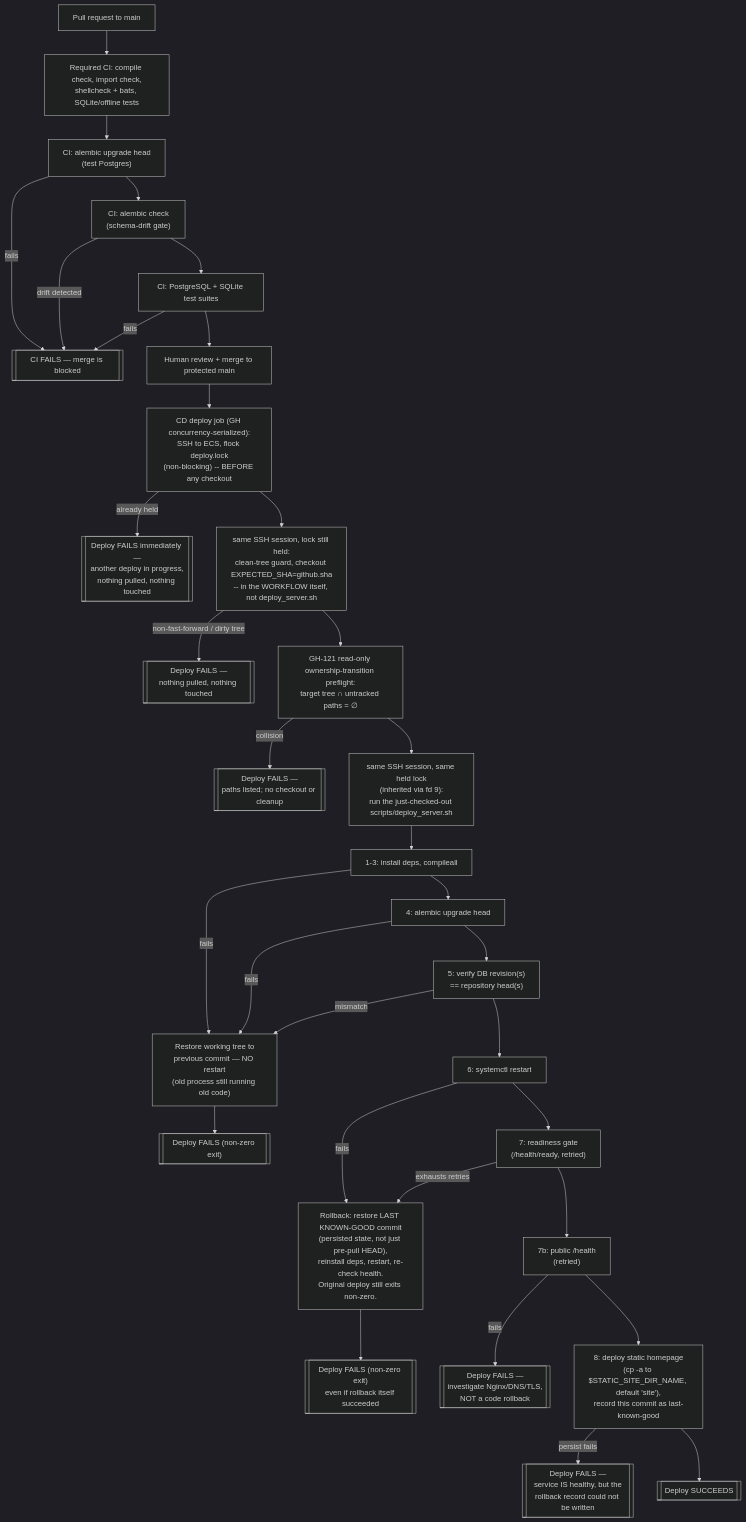
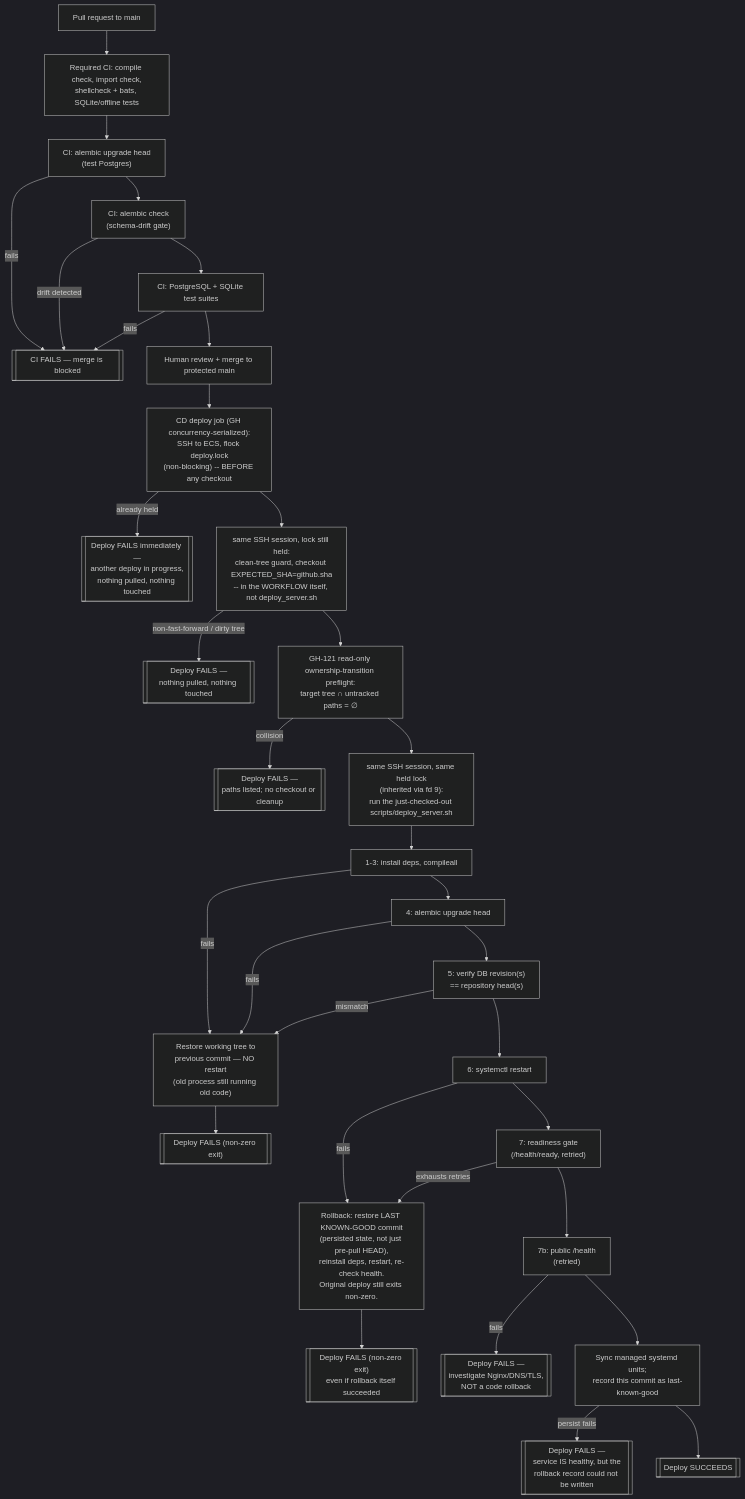
Before and after one commit to zuohaisu/wecom-archive: the diagram in docs/DEPLOYMENT.md, drawn with Mermaid (dark theme). The commit also changed other lines of this file and 40 other files, not shown here.

````diff
--- a/docs/DEPLOYMENT.md
+++ b/docs/DEPLOYMENT.md
@@ -425,37 +424,37 @@
 ```mermaid
 flowchart TD
     A[Pull request to main] --> B["Required CI: compile check, import check,\nshellcheck + bats, SQLite/offline tests"]
     B --> C["CI: alembic upgrade head\n(test Postgres)"]
     C -->|fails| CI_FAIL[["CI FAILS — merge is blocked"]]
     C --> D["CI: alembic check\n(schema-drift gate)"]
     D -->|drift detected| CI_FAIL
     D --> E["CI: PostgreSQL + SQLite test suites"]
     E -->|fails| CI_FAIL
     E --> MERGE["Human review + merge to protected main"]
     MERGE --> F_LOCK["CD deploy job (GH concurrency-serialized):\nSSH to ECS, flock deploy.lock\n(non-blocking) -- BEFORE any checkout"]
     F_LOCK -->|already held| FAILLOCK[["Deploy FAILS immediately —\nanother deploy in progress,\nnothing pulled, nothing touched"]]
     F_LOCK --> F0["same SSH session, lock still held:\nclean-tree guard, checkout EXPECTED_SHA=github.sha\n-- in the WORKFLOW itself, not deploy_server.sh"]
     F0 -->|non-fast-forward / dirty tree| FAIL0[["Deploy FAILS —\nnothing pulled, nothing touched"]]
     F0 --> P["GH-121 read-only ownership-transition preflight:\ntarget tree ∩ untracked paths = ∅"]
     P -->|collision| FAILP[["Deploy FAILS —\npaths listed; no checkout or cleanup"]]
     P --> F["same SSH session, same held lock\n(inherited via fd 9):\nrun the just-checked-out scripts/deploy_server.sh"]
 
     F --> G["1-3: install deps, compileall"]
     G -->|fails| ROLLBACK_CODE["Restore working tree to\nprevious commit — NO restart\n(old process still running old code)"]
     G --> H["4: alembic upgrade head"]
     H -->|fails| ROLLBACK_CODE
     H --> I["5: verify DB revision(s)\n== repository head(s)"]
     I -->|mismatch| ROLLBACK_CODE
     I --> J["6: systemctl restart"]
     J -->|fails| ROLLBACK_FULL
     J --> K["7: readiness gate\n(/health/ready, retried)"]
     K -->|exhausts retries| ROLLBACK_FULL["Rollback: restore LAST KNOWN-GOOD commit\n(persisted state, not just pre-pull HEAD),\nreinstall deps, restart, re-check health.\nOriginal deploy still exits non-zero."]
     K --> L["7b: public /health\n(retried)"]
     L -->|fails| PROXY_FAIL[["Deploy FAILS —\ninvestigate Nginx/DNS/TLS,\nNOT a code rollback"]]
-    L --> M["8: deploy static homepage\n(cp -a to $STATIC_SITE_DIR_NAME, default 'site'),\nrecord this commit as last-known-good"]
+    L --> M["Sync managed systemd units;\nrecord this commit as last-known-good"]
     M -->|persist fails| FAILPERSIST[["Deploy FAILS —\nservice IS healthy, but the\nrollback record could not be written"]]
     M --> N[["Deploy SUCCEEDS"]]
 
     ROLLBACK_CODE --> FAIL1[["Deploy FAILS (non-zero exit)"]]
     ROLLBACK_FULL --> FAIL2[["Deploy FAILS (non-zero exit)\neven if rollback itself succeeded"]]
 ```
````
